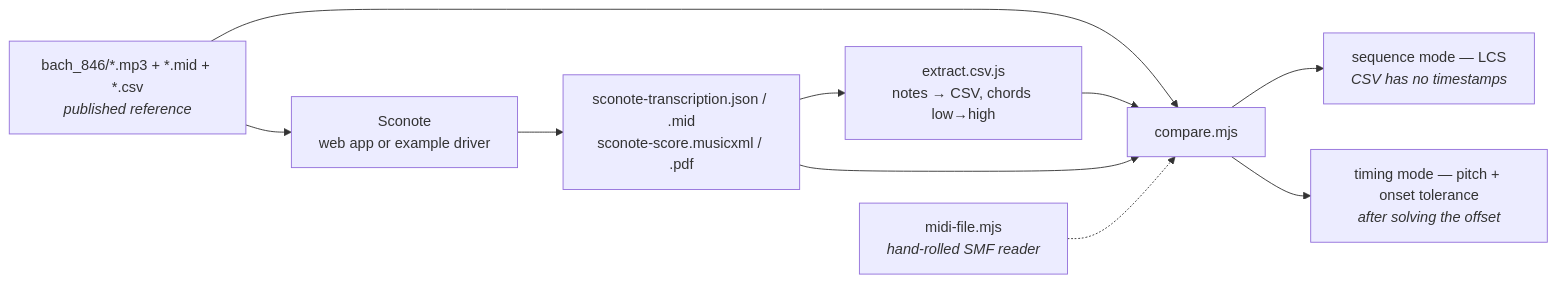
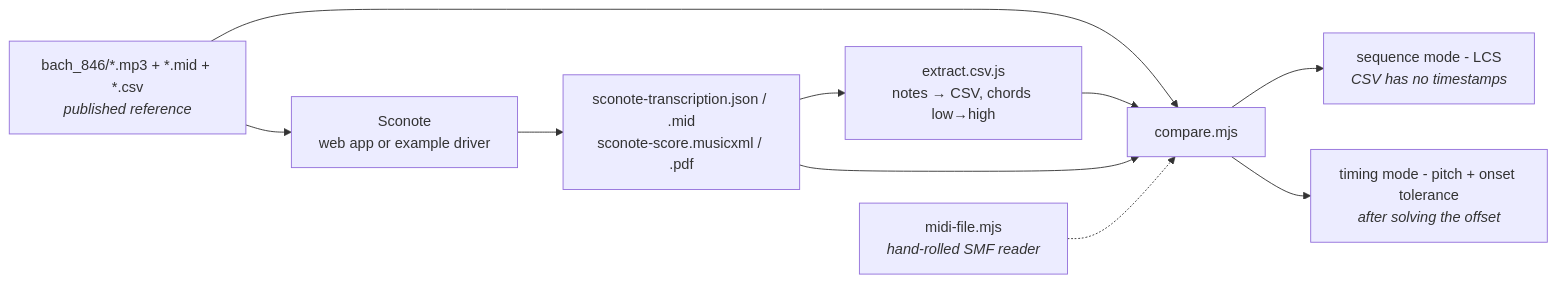
The eighth of 8 diagrams in README.md (soroush-tech/sconote), drawn with Mermaid before and after one commit. The commit also changed other lines of this file and 36 other files, not shown here.

````diff
--- a/README.md
+++ b/README.md
@@ -312,12 +312,12 @@
 ```mermaid
 flowchart LR
     ORIG["bach_846/*.mp3 + *.mid + *.csv<br/><i>published reference</i>"] --> SC["Sconote<br/>web app or example driver"]
     SC --> OUT["sconote-transcription.json / .mid<br/>sconote-score.musicxml / .pdf"]
     OUT --> EX["extract.csv.js<br/>notes → CSV, chords low→high"]
     ORIG --> CMP["compare.mjs"]
     EX --> CMP
     OUT --> CMP
-    CMP --> M1["sequence mode — LCS<br/><i>CSV has no timestamps</i>"]
-    CMP --> M2["timing mode — pitch + onset tolerance<br/><i>after solving the offset</i>"]
+    CMP --> M1["sequence mode - LCS<br/><i>CSV has no timestamps</i>"]
+    CMP --> M2["timing mode - pitch + onset tolerance<br/><i>after solving the offset</i>"]
     MF["midi-file.mjs<br/><i>hand-rolled SMF reader</i>"] -.-> CMP
 ```
````
